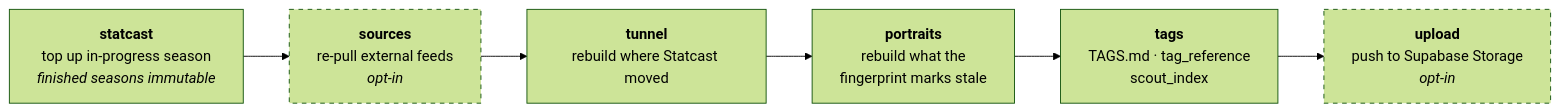
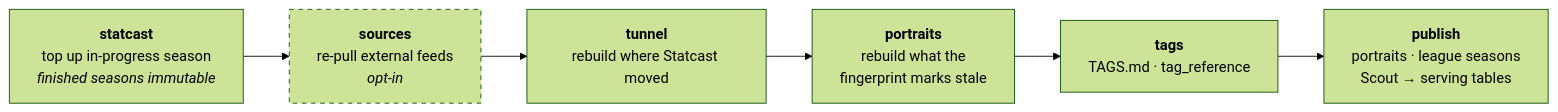
Before and after one commit to SebastianAbarca/baseball-analytics: the fourth of 7 diagrams in docs/ARCHITECTURE.md, drawn with Mermaid (forest theme). The commit also changed other lines of this file and 21 other files, not shown here.

````diff
--- a/docs/ARCHITECTURE.md
+++ b/docs/ARCHITECTURE.md
@@ -155,14 +157,13 @@
 ```mermaid
 flowchart LR
     S1["<b>statcast</b><br/>top up in-progress season<br/><i>finished seasons immutable</i>"]
     S2["<b>sources</b><br/>re-pull external feeds<br/><i>opt-in</i>"]
     S3["<b>tunnel</b><br/>rebuild where Statcast moved"]
     S4["<b>portraits</b><br/>rebuild what the<br/>fingerprint marks stale"]
-    S5["<b>tags</b><br/>TAGS.md · tag_reference<br/>scout_index"]
-    S6["<b>upload</b><br/>push to Supabase Storage<br/><i>opt-in</i>"]
+    S5["<b>tags</b><br/>TAGS.md · tag_reference"]
+    S6["<b>publish</b><br/>portraits · league seasons<br/>Scout → serving tables"]
 
     S1 --> S2 --> S3 --> S4 --> S5 --> S6
 
     style S2 stroke-dasharray: 5 5
-    style S6 stroke-dasharray: 5 5
 ```
````
